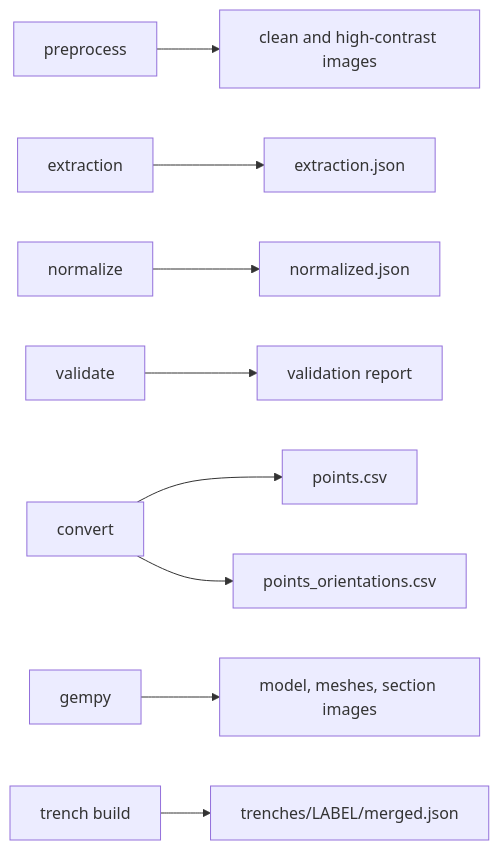
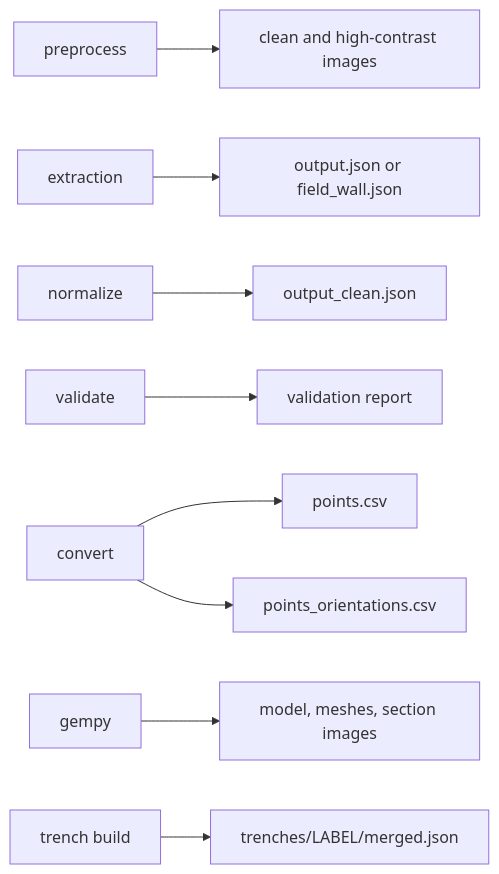
The diagram in docs/reference/output-files.md (jennarbates/StratigraphyGenerator), drawn with Mermaid before and after one commit. The commit also changed other lines of this file and 202 other files, not shown here.

````diff
--- a/docs/reference/output-files.md
+++ b/docs/reference/output-files.md
@@ -25,11 +26,11 @@
 ```mermaid
 flowchart LR
   P[preprocess] --> P1[clean and high-contrast images]
-  X[extraction] --> X1[extraction.json]
-  N[normalize] --> N1[normalized.json]
+  X[extraction] --> X1[output.json or field_wall.json]
+  N[normalize] --> N1[output_clean.json]
   V[validate] --> V1[validation report]
   C[convert] --> C1[points.csv]
   C --> C2[points_orientations.csv]
   G[gempy] --> G1[model, meshes, section images]
   M[trench build] --> M1[trenches/LABEL/merged.json]
 ```
````
